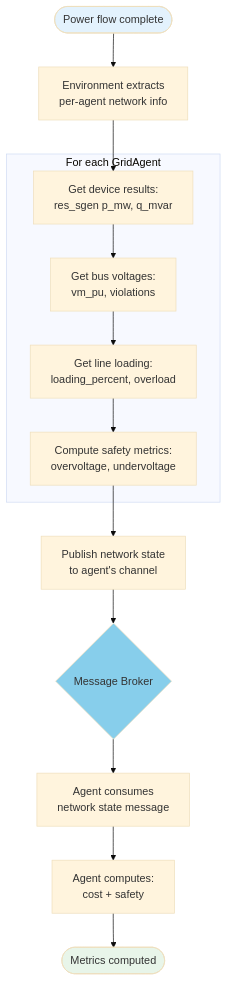
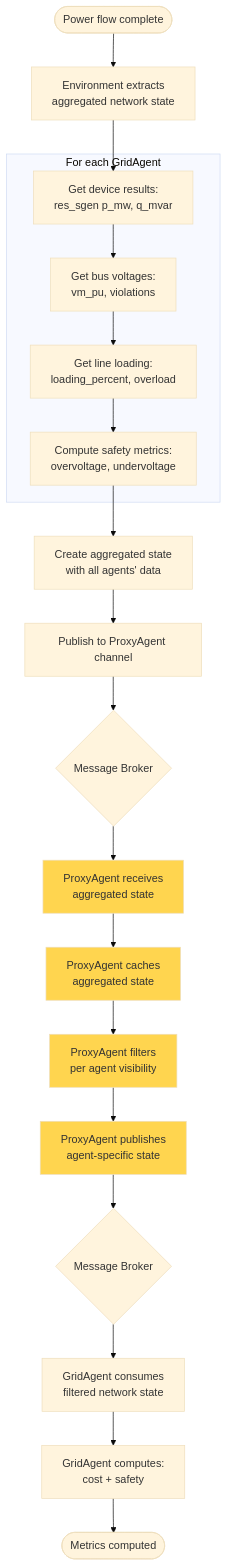
Before and after one commit to Criss-Wang/PowerGym: the fifth of 5 diagrams in docs/design/distributed_architecture.md, drawn with Mermaid (base theme). The commit also changed other lines of this file and 4 other files, not shown here.

Commit message:
Add docs for proxy agent

````diff
--- a/docs/design/distributed_architecture.md
+++ b/docs/design/distributed_architecture.md
@@ -204,35 +223,48 @@
 ```mermaid
 flowchart TD
     Start([Power flow complete])
 
-    A[Environment extracts<br/>per-agent network info]
+    A[Environment extracts<br/>aggregated network state]
 
     subgraph "For each GridAgent"
         B[Get device results:<br/>res_sgen p_mw, q_mvar]
         C[Get bus voltages:<br/>vm_pu, violations]
         D[Get line loading:<br/>loading_percent, overload]
         E[Compute safety metrics:<br/>overvoltage, undervoltage]
     end
 
-    F[Publish network state<br/>to agent's channel]
-    G{Message Broker}
-    H[Agent consumes<br/>network state message]
-    I[Agent computes:<br/>cost + safety]
+    F[Create aggregated state<br/>with all agents' data]
+    G[Publish to ProxyAgent channel]
+    H{Message Broker}
+    I[ProxyAgent receives<br/>aggregated state]
+    J[ProxyAgent caches<br/>aggregated state]
+    K[ProxyAgent filters<br/>per agent visibility]
+    L[ProxyAgent publishes<br/>agent-specific state]
+    M{Message Broker}
+    N[GridAgent consumes<br/>filtered network state]
+    O[GridAgent computes:<br/>cost + safety]
 
     End([Metrics computed])
 
     Start --> A
     A --> B
     B --> C
     C --> D
     D --> E
     E --> F
     F --> G
     G --> H
     H --> I
-    I --> End
+    I --> J
+    J --> K
+    K --> L
+    L --> M
+    M --> N
+    N --> O
+    O --> End
 
-    style Start fill:#e3f2fd
-    style End fill:#e8f5e9
-    style G fill:#87ceeb
+    style I fill:#ffd54f
+    style J fill:#ffd54f
+    style K fill:#ffd54f
+    style L fill:#ffd54f
 ```
````
